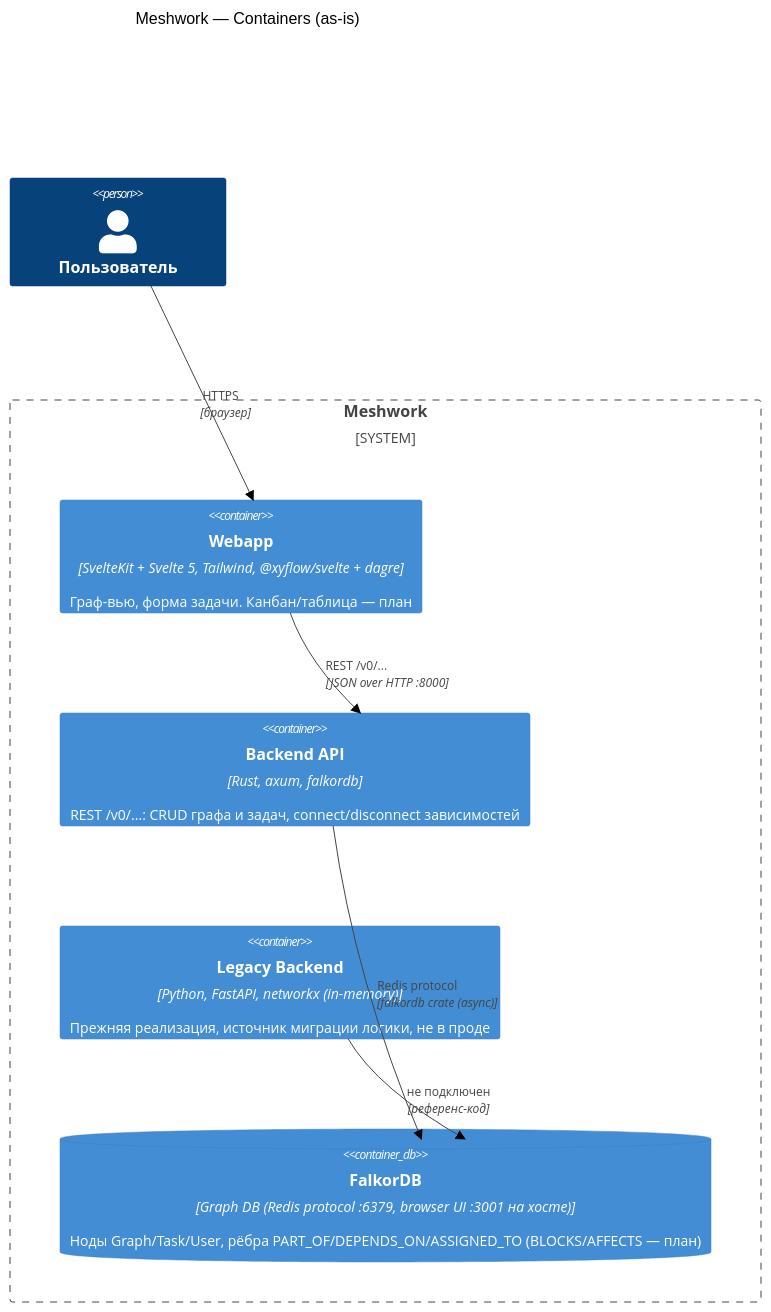
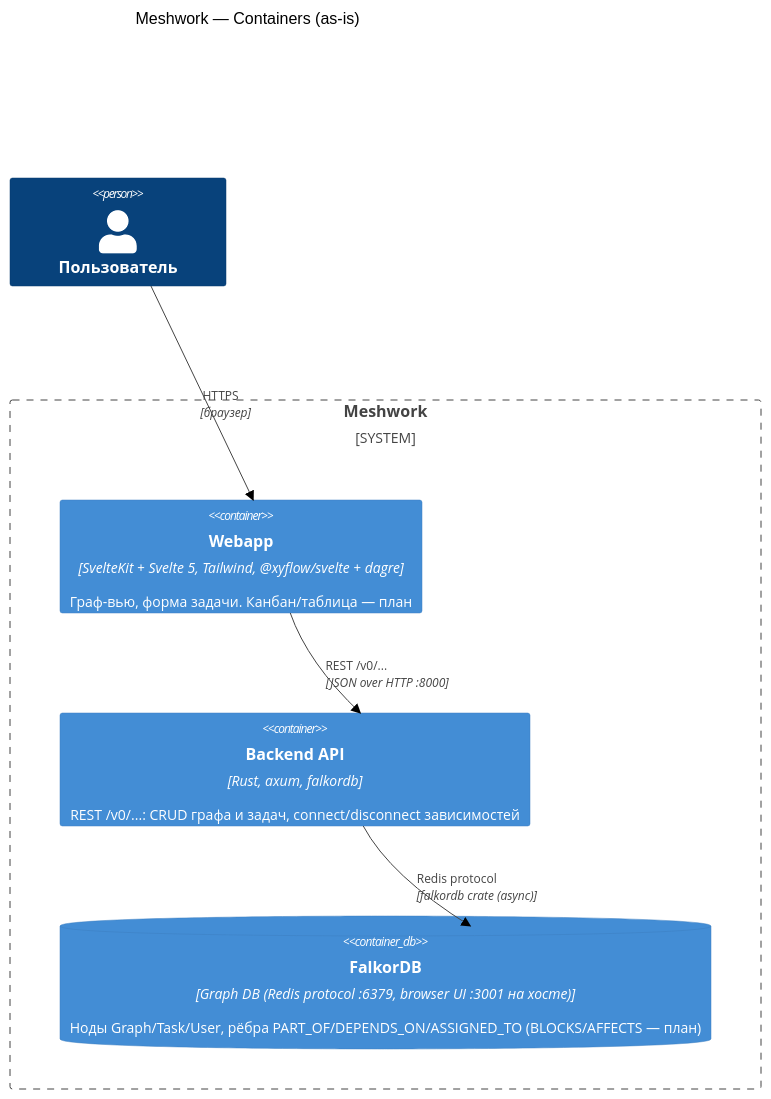
Before and after one commit to NotBioWaste905/Meshwork: the second of 3 diagrams in docs/architecture.md, drawn with Mermaid (neutral theme). The commit also changed other lines of this file and 19 other files, not shown here.

First line of the commit message:
Remove the legacy Python backend

````diff
--- a/docs/architecture.md
+++ b/docs/architecture.md
@@ -32,18 +32,16 @@
 ```mermaid
 C4Container
     title Meshwork — Containers (as-is)
 
     Person(user, "Пользователь")
 
     System_Boundary(meshwork, "Meshwork") {
         Container(frontend, "Webapp", "SvelteKit + Svelte 5, Tailwind, @xyflow/svelte + dagre", "Граф-вью, форма задачи. Канбан/таблица — план")
         Container(backend, "Backend API", "Rust, axum, falkordb", "REST /v0/...: CRUD графа и задач, connect/disconnect зависимостей")
-        Container(backend_legacy, "Legacy Backend", "Python, FastAPI, networkx (in-memory)", "Прежняя реализация, источник миграции логики, не в проде")
         ContainerDb(db, "FalkorDB", "Graph DB (Redis protocol :6379, browser UI :3001 на хосте)", "Ноды Graph/Task/User, рёбра PART_OF/DEPENDS_ON/ASSIGNED_TO (BLOCKS/AFFECTS — план)")
     }
 
     Rel(user, frontend, "HTTPS", "браузер")
     Rel(frontend, backend, "REST /v0/...", "JSON over HTTP :8000")
     Rel(backend, db, "Redis protocol", "falkordb crate (async)")
-    Rel(backend_legacy, db, "не подключен", "референс-код")
 ```
````
